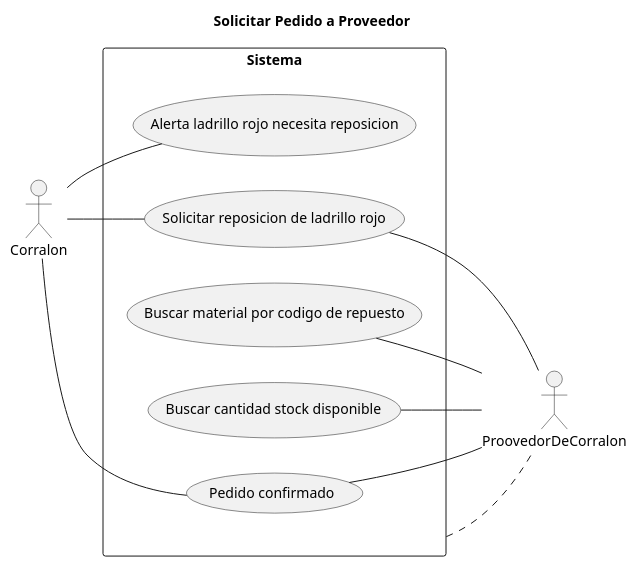
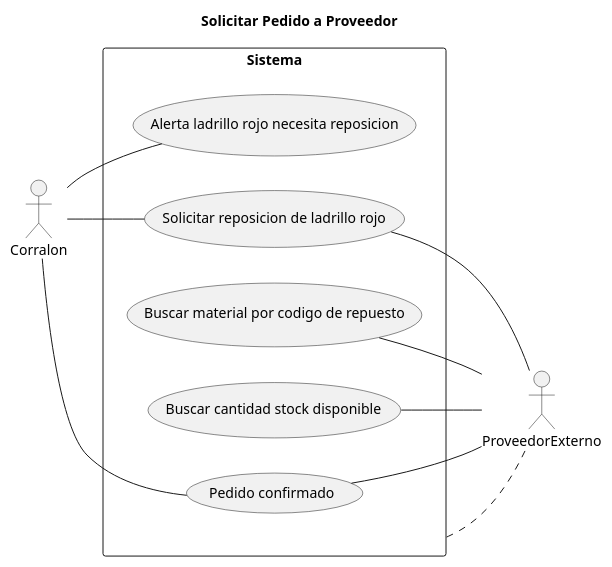
The diagram in 3-corralon/d_caso1.plantuml (Andreskub/sistemas-informacion), drawn with PlantUML before and after one commit. The commit also changed 3 other files, not shown here.

```diff
--- a/3-corralon/d_caso1.plantuml
+++ b/3-corralon/d_caso1.plantuml
@@ -1,29 +1,29 @@
 @startuml Diagrama Caso Uso 1
 
 title Solicitar Pedido a Proveedor
 
 left to right direction
 skinparam packageStyle rectangle
 
 actor Corralon as c
-actor ProovedorDeCorralon as p
+actor ProveedorExterno as p
 
 rectangle Sistema {
   usecase "Alerta ladrillo rojo necesita reposicion" as UC1  
   usecase "Solicitar reposicion de ladrillo rojo" as UC2
   usecase "Buscar material por codigo de repuesto" as UC3
   usecase "Buscar cantidad stock disponible" as UC4
   usecase "Pedido confirmado" as UC5
 }
 
 Sistema .. p
 
 c -right- UC1
 c -- UC2
 p -left- UC2
 p -left- UC3
 p -left- UC4
 p -left- UC5
 c -- UC5
 
 @enduml
```
